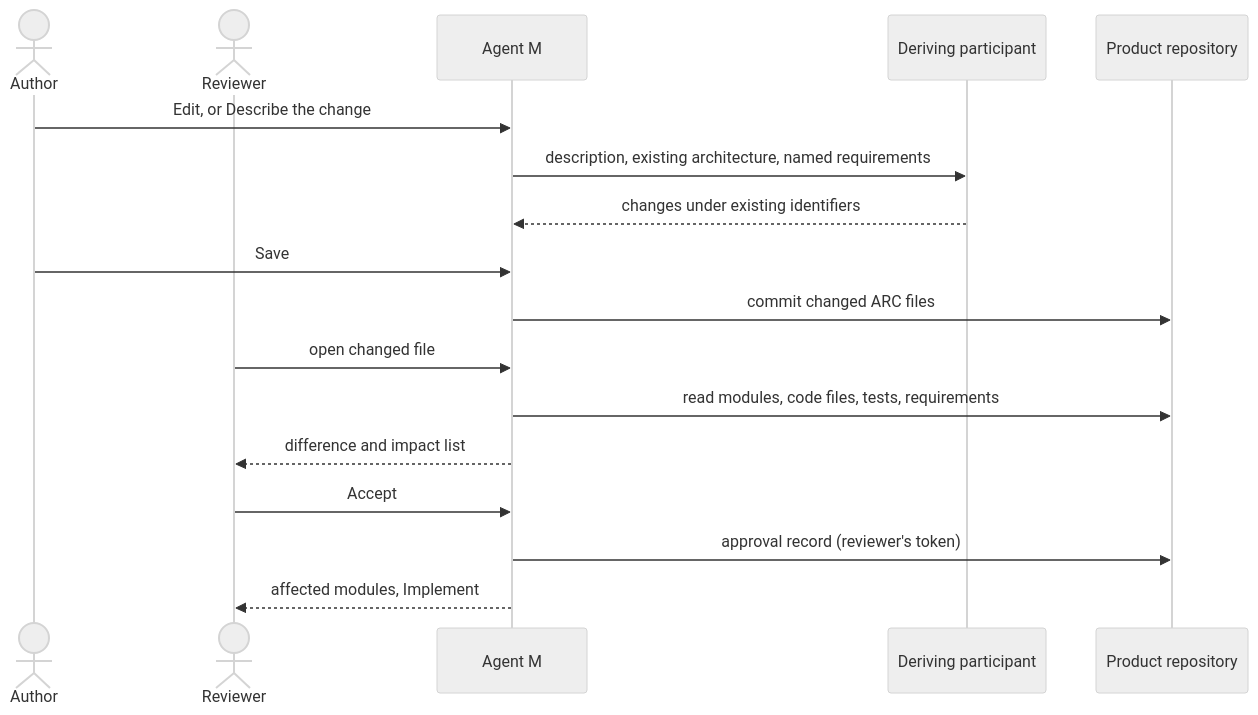
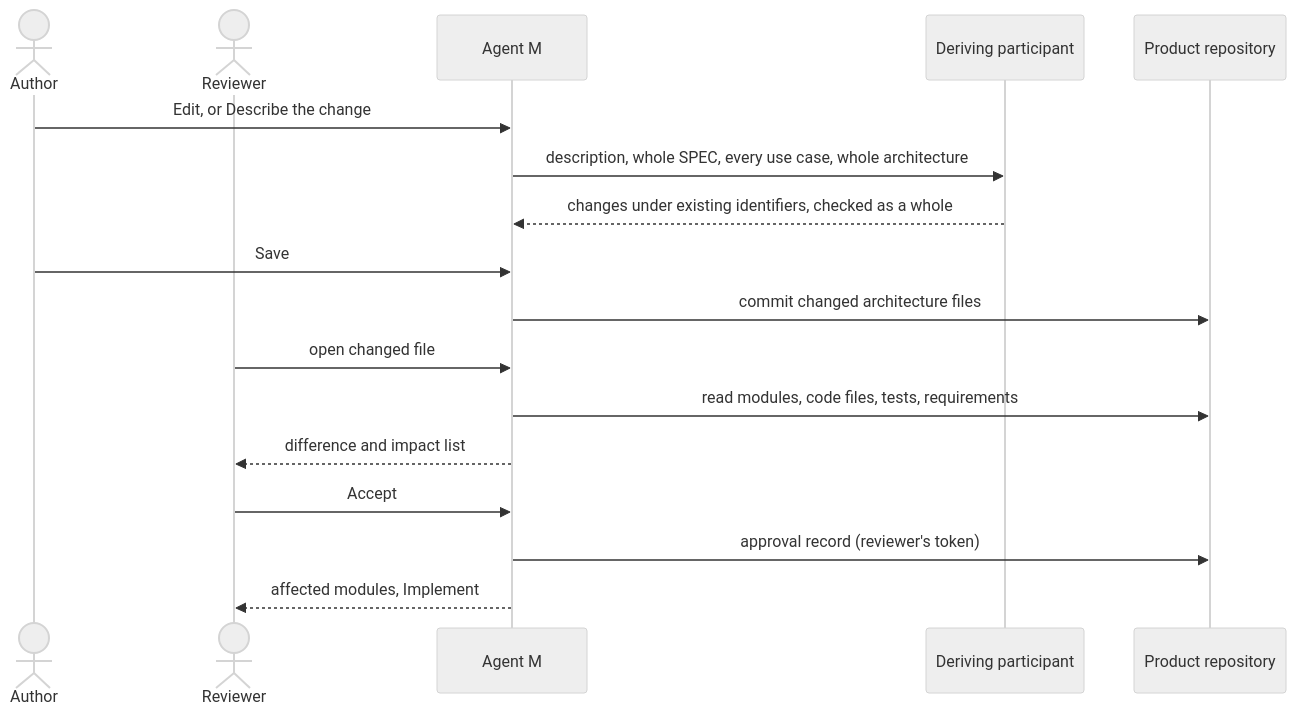
One commit to akmaier/agent-m changed the diagram in docs/use-cases/UC-023-modify-the-architecture.md. Above: the diagram before and after it, drawn with Mermaid (neutral theme). The commit also changed other lines of this file and 124 other files, not shown here.

````diff
--- a/docs/use-cases/UC-023-modify-the-architecture.md
+++ b/docs/use-cases/UC-023-modify-the-architecture.md
@@ -81,19 +100,19 @@
 ```mermaid
 sequenceDiagram
     actor A as Author
     actor R as Reviewer
     participant M as Agent M
     participant P as Deriving participant
     participant G as Product repository
     A->>M: Edit, or Describe the change
-    M->>P: description, existing architecture, named requirements
-    P-->>M: changes under existing identifiers
+    M->>P: description, whole SPEC, every use case, whole architecture
+    P-->>M: changes under existing identifiers, checked as a whole
     A->>M: Save
-    M->>G: commit changed ARC files
+    M->>G: commit changed architecture files
     R->>M: open changed file
     M->>G: read modules, code files, tests, requirements
     M-->>R: difference and impact list
     R->>M: Accept
     M->>G: approval record (reviewer's token)
     M-->>R: affected modules, Implement
 ```
````
